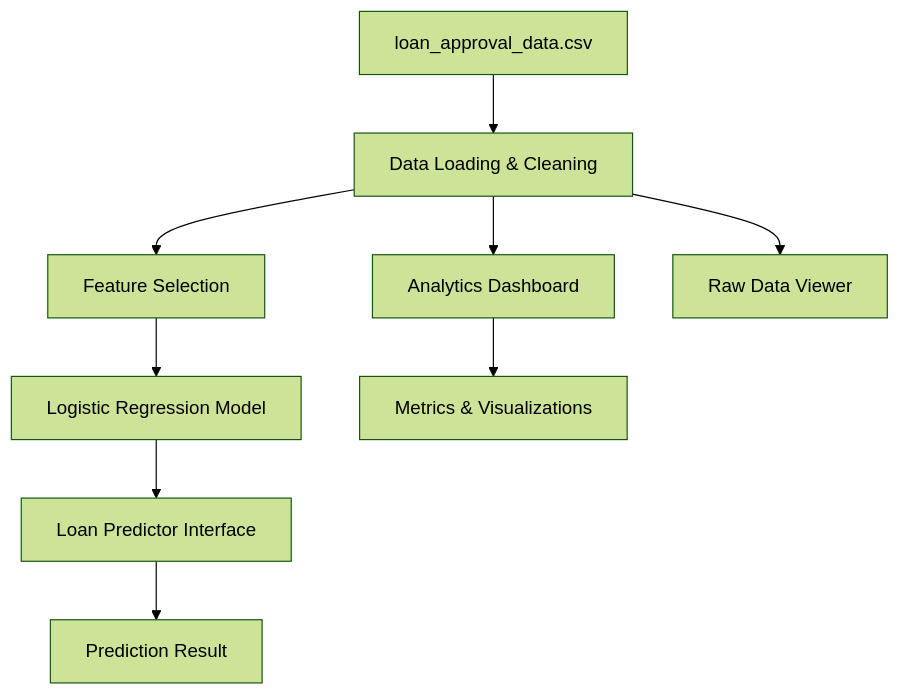
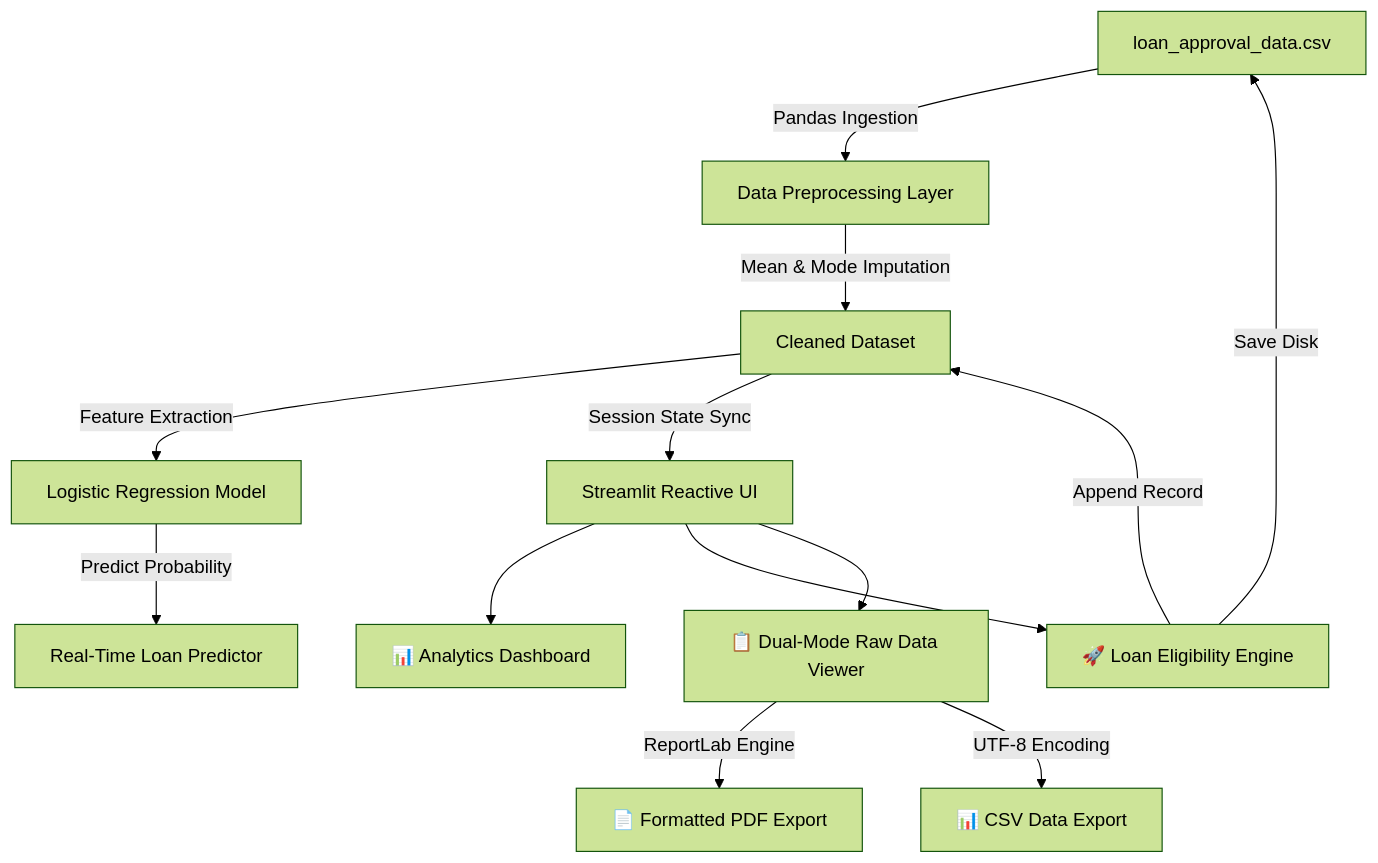
One commit to sawantyash07/-FinScore-ML-Driven-Credit-Decision-Engine changed the first of 2 diagrams in README.md. Above: the diagram before and after it, drawn with Mermaid (forest theme). The commit also changed other lines of this file and 3 other files, not shown here.

Commit message:
feat: enhance FinScore with real-time prediction, dual raw data view, PDF export & interview README

````diff
--- a/README.md
+++ b/README.md
@@ -53,11 +23,20 @@
 ```mermaid
 flowchart TD
-    A[loan_approval_data.csv] --> B[Data Loading & Cleaning]
-    B --> C[Feature Selection]
-    C --> D[Logistic Regression Model]
-    D --> E[Loan Predictor Interface]
-    B --> F[Analytics Dashboard]
-    B --> G[Raw Data Viewer]
-    F --> H[Metrics & Visualizations]
-    E --> I[Prediction Result]
+    A[loan_approval_data.csv] -->|Pandas Ingestion| B[Data Preprocessing Layer]
+    B -->|Mean & Mode Imputation| C[Cleaned Dataset]
+    
+    C -->|Feature Extraction| D[Logistic Regression Model]
+    C -->|Session State Sync| E[Streamlit Reactive UI]
+    
+    D -->|Predict Probability| F[Real-Time Loan Predictor]
+    
+    E --> G[📊 Analytics Dashboard]
+    E --> H[🚀 Loan Eligibility Engine]
+    E --> I[📋 Dual-Mode Raw Data Viewer]
+    
+    H -->|Append Record| C
+    H -->|Save Disk| A
+    
+    I -->|ReportLab Engine| J[📄 Formatted PDF Export]
+    I -->|UTF-8 Encoding| K[📊 CSV Data Export]
 ```
````
